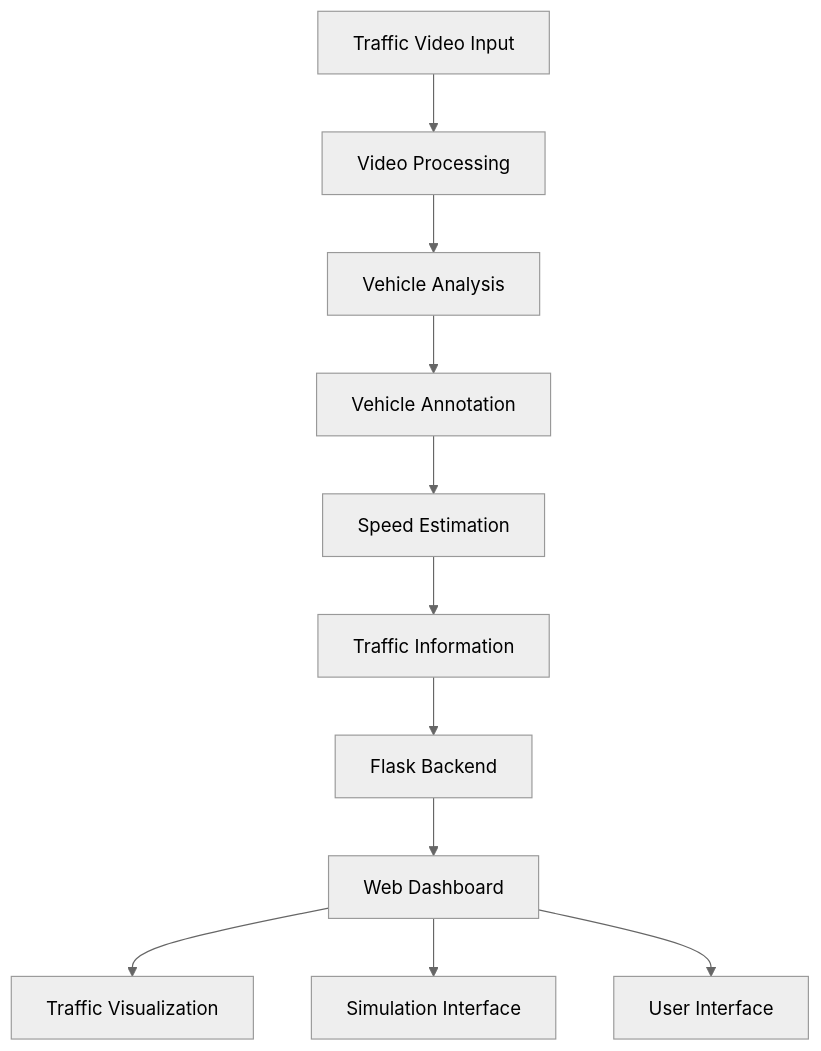
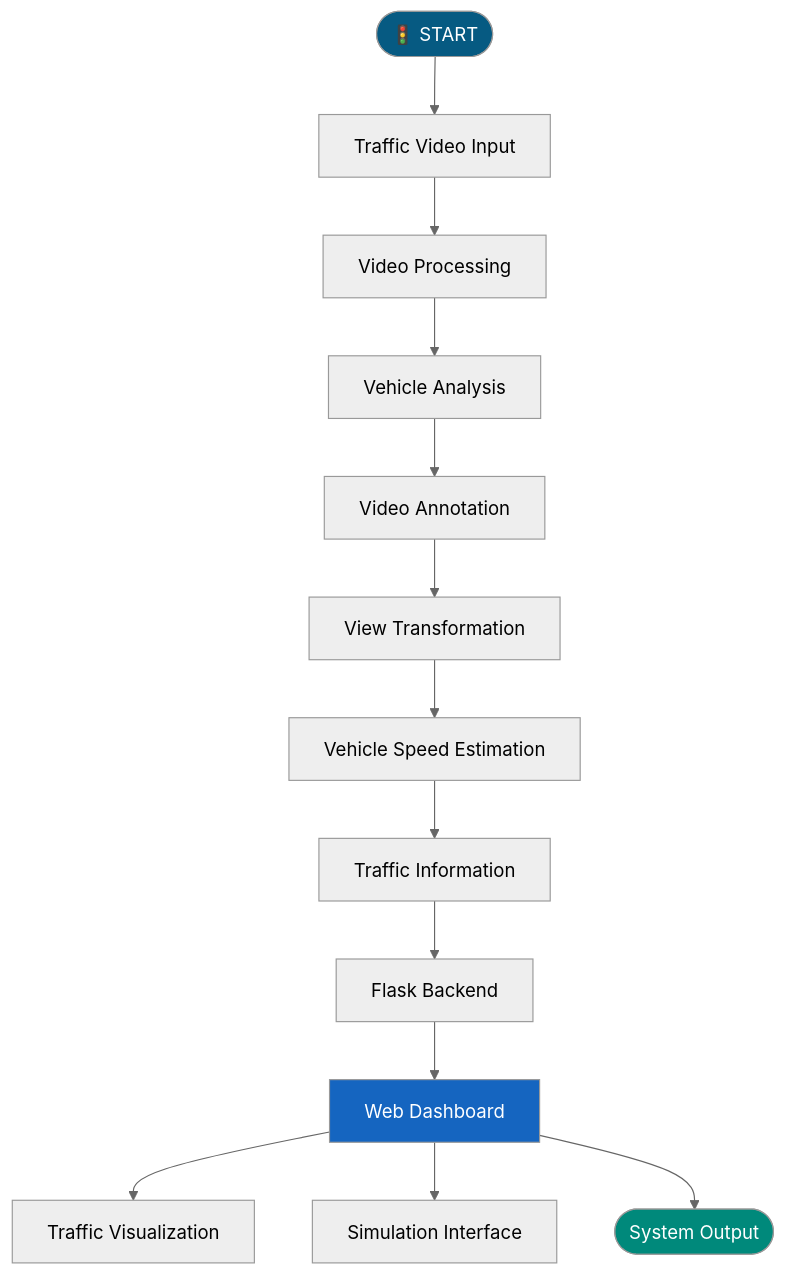
Before and after one commit to meghanagowda75/Smart-City-Traffic-Management-System-Phase-2: the first of 2 diagrams in README.md, drawn with Mermaid (neutral theme). The commit also changed other lines of this file, not shown here.

````diff
--- a/README.md
+++ b/README.md
@@ -88,13 +122,19 @@
 ```mermaid
 flowchart TD
-    A[Traffic Video Input] --> B[Video Processing]
-    B --> C[Vehicle Analysis]
-    C --> D[Vehicle Annotation]
-    D --> E[Speed Estimation]
-    E --> F[Traffic Information]
-    F --> G[Flask Backend]
-    G --> H[Web Dashboard]
-    H --> I[Traffic Visualization]
-    H --> J[Simulation Interface]
-    H --> K[User Interface]
+    A(["🚦 START"]) --> B["Traffic Video Input"]
+    B --> C["Video Processing"]
+    C --> D["Vehicle Analysis"]
+    D --> E["Video Annotation"]
+    E --> F["View Transformation"]
+    F --> G["Vehicle Speed Estimation"]
+    G --> H["Traffic Information"]
+    H --> I["Flask Backend"]
+    I --> J["Web Dashboard"]
+    J --> K["Traffic Visualization"]
+    J --> L["Simulation Interface"]
+    J --> M(["System Output"])
+
+    style A fill:#065A82,color:#fff
+    style M fill:#00897B,color:#fff
+    style J fill:#1565C0,color:#fff
 ```
````
